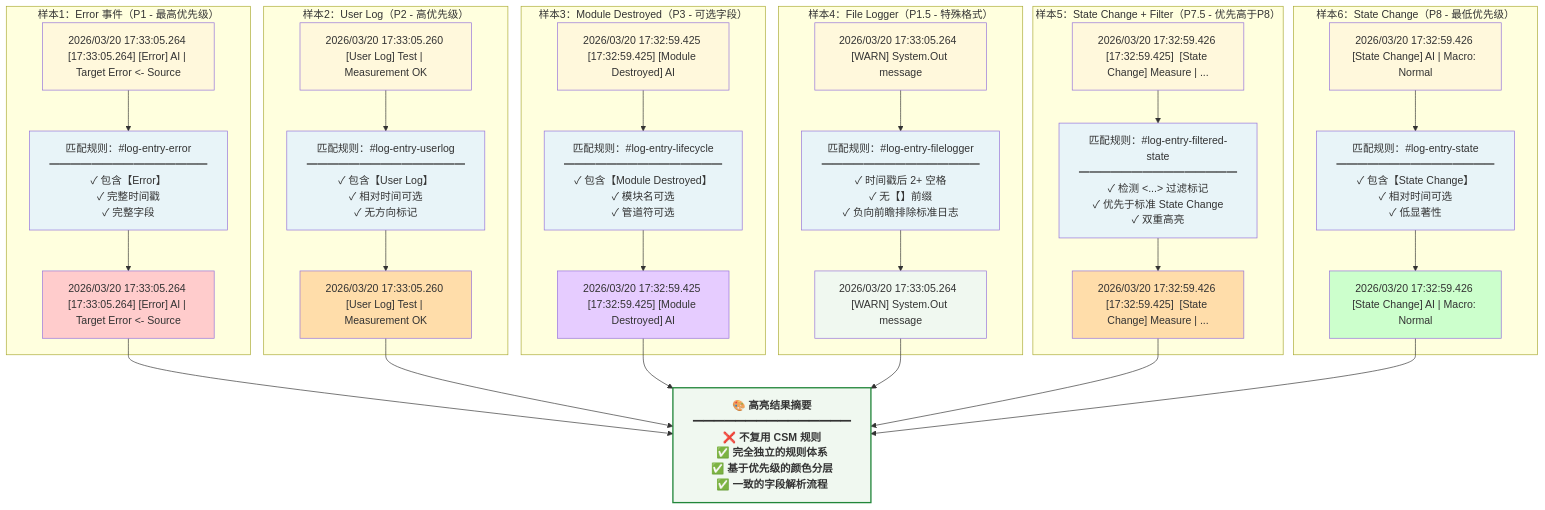
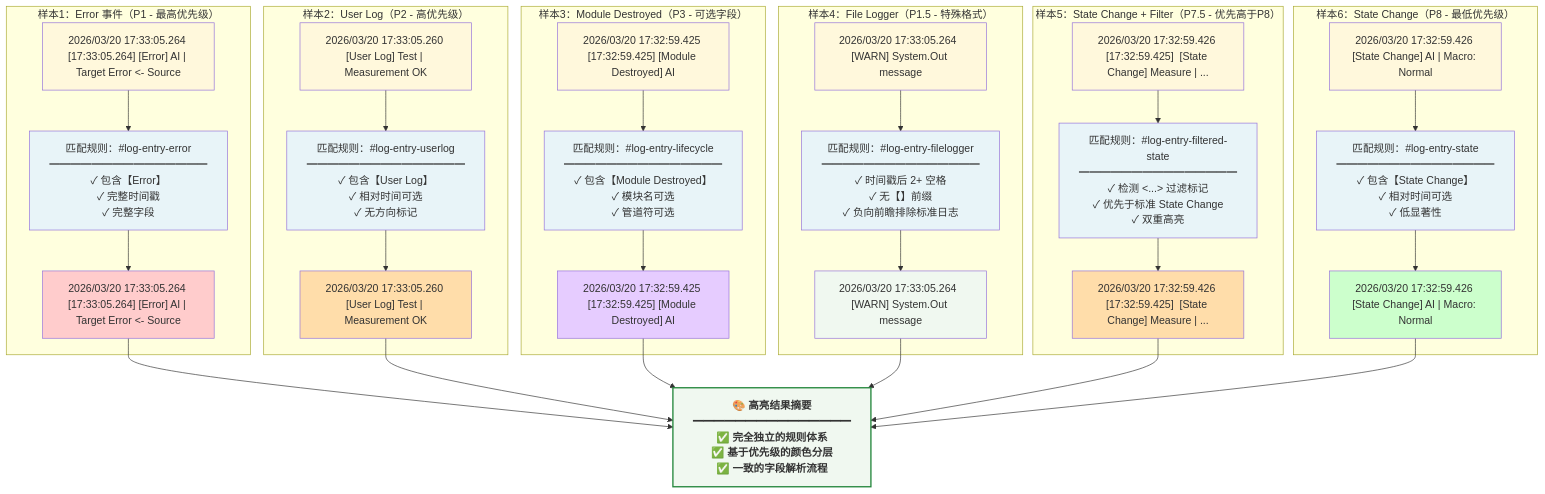
Before and after one commit to NEVSTOP-LAB/csm-vsc-extension: the sixth of 6 diagrams in docs/design/csmlog-highlight-design.md, drawn with Mermaid. The commit also changed other lines of this file and 27 other files, not shown here.

````diff
--- a/docs/design/csmlog-highlight-design.md
+++ b/docs/design/csmlog-highlight-design.md
@@ -861,75 +861,75 @@
 ```mermaid
 graph TD
     subgraph "样本1：Error 事件（P1 - 最高优先级）"
         LOG1["2026/03/20 17:33:05.264 [17:33:05.264] [Error] AI | Target Error <- Source"]
         RULE1["匹配规则：#log-entry-error<br/>━━━━━━━━━━━━━━━<br/>✓ 包含【Error】<br/>✓ 完整时间戳<br/>✓ 完整字段"]
         RESULT1["<gray-italic>2026/03/20 17:33:05.264</gray-italic> <light-gray>[17:33:05.264]</light-gray> <red-bold>[Error]</red-bold> <teal-bold>AI</teal-bold> | Target Error <light-gray><- Source</light-gray>"]
     end
 
     subgraph "样本2：User Log（P2 - 高优先级）"
         LOG2["2026/03/20 17:33:05.260 [User Log] Test | Measurement OK"]
         RULE2["匹配规则：#log-entry-userlog<br/>━━━━━━━━━━━━━━━<br/>✓ 包含【User Log】<br/>✓ 相对时间可选<br/>✓ 无方向标记"]
         RESULT2["<gray-italic>2026/03/20 17:33:05.260</gray-italic> <orange-bold>[User Log]</orange-bold> <teal-bold>Test</teal-bold> | Measurement OK"]
     end
 
     subgraph "样本3：Module Destroyed（P3 - 可选字段）"
         LOG3["2026/03/20 17:32:59.425 [17:32:59.425] [Module Destroyed] AI"]
         RULE3["匹配规则：#log-entry-lifecycle<br/>━━━━━━━━━━━━━━━<br/>✓ 包含【Module Destroyed】<br/>✓ 模块名可选<br/>✓ 管道符可选"]
         RESULT3["<gray-italic>2026/03/20 17:32:59.425</gray-italic> <light-gray>[17:32:59.425]</light-gray> <purple-bold>[Module Destroyed]</purple-bold> <teal-bold>AI</teal-bold>"]
     end
 
     subgraph "样本4：File Logger（P1.5 - 特殊格式）"
         LOG4["2026/03/20 17:33:05.264  [WARN] System.Out message"]
         RULE4["匹配规则：#log-entry-filelogger<br/>━━━━━━━━━━━━━━━<br/>✓ 时间戳后 2+ 空格<br/>✓ 无【】前缀<br/>✓ 负向前瞻排除标准日志"]
         RESULT4["<gray-italic>2026/03/20 17:33:05.264</gray-italic>  [WARN] System.Out message"]
     end
 
     subgraph "样本5：State Change + Filter（P7.5 - 优先高于P8）"
         LOG5["2026/03/20 17:32:59.426 [17:32:59.425] <initialize> [State Change] Measure | ..."]
         RULE5["匹配规则：#log-entry-filtered-state<br/>━━━━━━━━━━━━━━━<br/>✓ 检测 <...> 过滤标记<br/>✓ 优先于标准 State Change<br/>✓ 双重高亮"]
         RESULT5["<gray-italic>2026/03/20 17:32:59.426</gray-italic> <light-gray>[17:32:59.425]</light-gray> <amber><initialize></amber> <green>[State Change]</green> <teal-bold>Measure</teal-bold> | ..."]
     end
 
     subgraph "样本6：State Change（P8 - 最低优先级）"
         LOG6["2026/03/20 17:32:59.426 [State Change] AI | Macro: Normal"]
         RULE6["匹配规则：#log-entry-state<br/>━━━━━━━━━━━━━━━<br/>✓ 包含【State Change】<br/>✓ 相对时间可选<br/>✓ 低显著性"]
         RESULT6["<gray-italic>2026/03/20 17:32:59.426</gray-italic> <green>[State Change]</green> <teal-bold>AI</teal-bold> | Macro: Normal"]
     end
 
     LOG1 --> RULE1 --> RESULT1
     LOG2 --> RULE2 --> RESULT2
     LOG3 --> RULE3 --> RESULT3
     LOG4 --> RULE4 --> RESULT4
     LOG5 --> RULE5 --> RESULT5
     LOG6 --> RULE6 --> RESULT6
 
-    RESULT1 --> SUMMARY["🎨 高亮结果摘要<br/>━━━━━━━━━━━━━━━<br/>❌ 不复用 CSM 规则<br/>✅ 完全独立的规则体系<br/>✅ 基于优先级的颜色分层<br/>✅ 一致的字段解析流程"]
+    RESULT1 --> SUMMARY["🎨 高亮结果摘要<br/>━━━━━━━━━━━━━━━<br/>✅ 完全独立的规则体系<br/>✅ 基于优先级的颜色分层<br/>✅ 一致的字段解析流程"]
     RESULT2 --> SUMMARY
     RESULT3 --> SUMMARY
     RESULT4 --> SUMMARY
     RESULT5 --> SUMMARY
     RESULT6 --> SUMMARY
 
     style LOG1 fill:#fff8dc
     style LOG2 fill:#fff8dc
     style LOG3 fill:#fff8dc
     style LOG4 fill:#fff8dc
     style LOG5 fill:#fff8dc
     style LOG6 fill:#fff8dc
 
     style RULE1 fill:#e8f4f8
     style RULE2 fill:#e8f4f8
     style RULE3 fill:#e8f4f8
     style RULE4 fill:#e8f4f8
     style RULE5 fill:#e8f4f8
     style RULE6 fill:#e8f4f8
 
     style RESULT1 fill:#ffcccc
     style RESULT2 fill:#ffddaa
     style RESULT3 fill:#e6ccff
     style RESULT4 fill:#f0f8f0
     style RESULT5 fill:#ffddaa
     style RESULT6 fill:#ccffcc
 
     style SUMMARY fill:#f0f8f0,stroke:#22863a,stroke-width:2px,font-weight:bold
 ```
````
